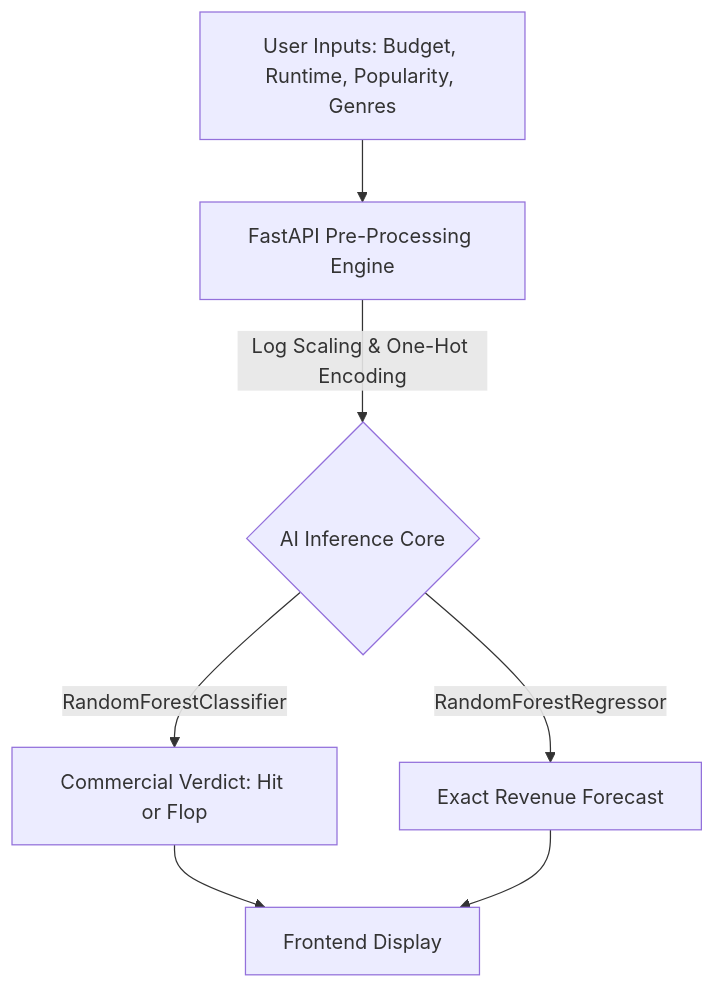
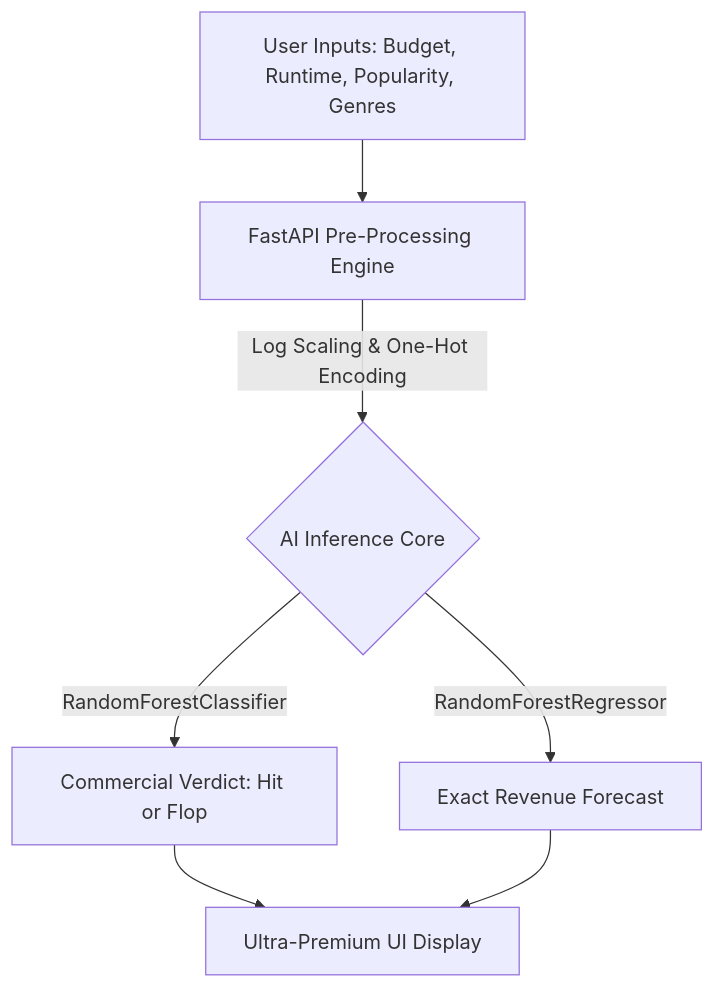
Before and after one commit to RevanthAK1718/Cine_Predict: the diagram in README.md, drawn with Mermaid. The commit also changed other lines of this file, not shown here.

````diff
--- a/README.md
+++ b/README.md
@@ -32,9 +48,9 @@
 ```mermaid
 graph TD;
     A[User Inputs: Budget, Runtime, Popularity, Genres] --> B[FastAPI Pre-Processing Engine];
     B -->|Log Scaling & One-Hot Encoding| C{AI Inference Core};
     C -->|RandomForestClassifier| D[Commercial Verdict: Hit or Flop];
     C -->|RandomForestRegressor| E[Exact Revenue Forecast];
-    D --> F[Frontend Display];
+    D --> F[Ultra-Premium UI Display];
     E --> F;
 ```
````
